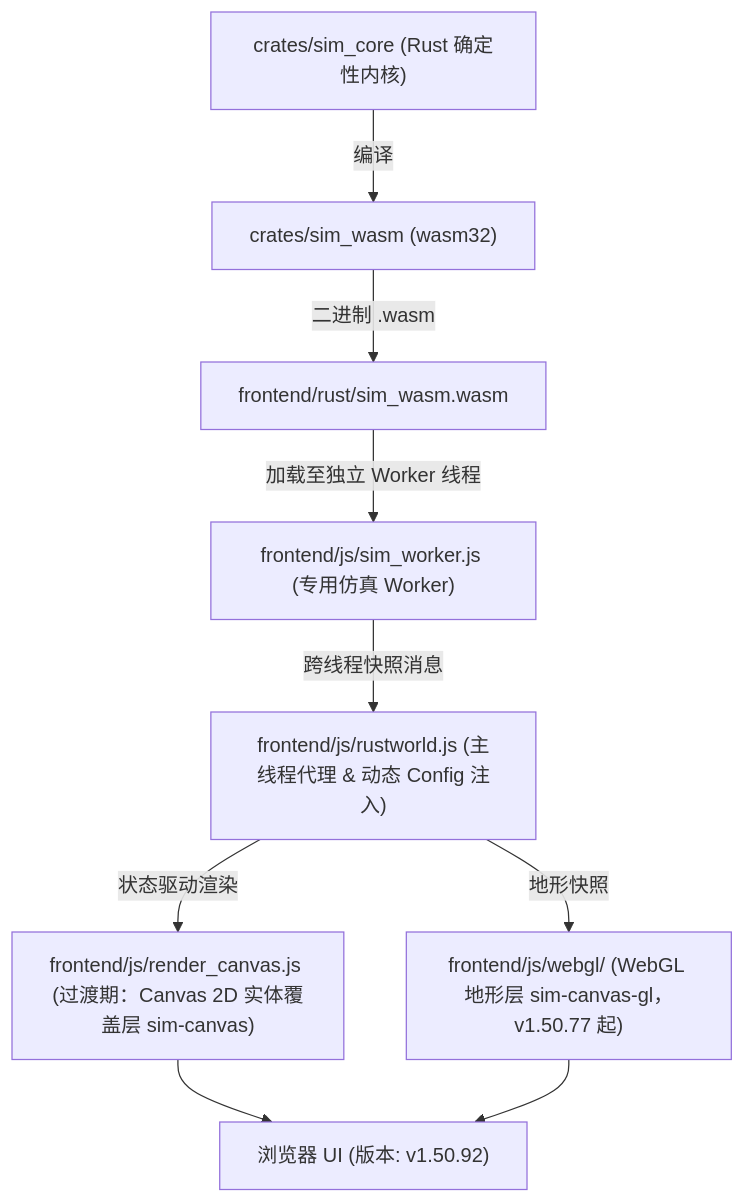
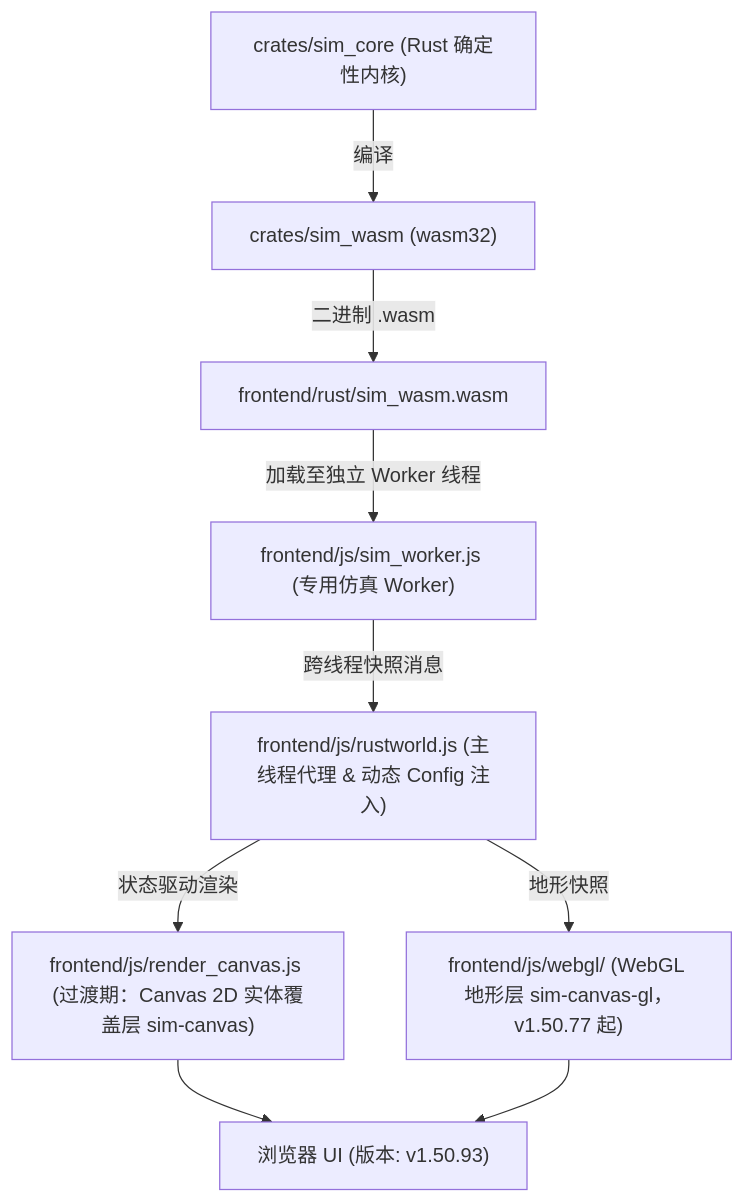
Before and after one commit to g39088902/FlowAndAccord: the diagram in AGENTS.md, drawn with Mermaid. The commit also changed other lines of this file and 13 other files, not shown here.

````diff
--- a/AGENTS.md
+++ b/AGENTS.md
@@ -62,12 +62,12 @@
 ```mermaid
 graph TD
     A["crates/sim_core (Rust 确定性内核)"] -->|编译| B["crates/sim_wasm (wasm32)"]
     B -->|二进制 .wasm| C["frontend/rust/sim_wasm.wasm"]
     C -->|加载至独立 Worker 线程| D["frontend/js/sim_worker.js (专用仿真 Worker)"]
     D -->|跨线程快照消息| E["frontend/js/rustworld.js (主线程代理 & 动态 Config 注入)"]
     E -->|状态驱动渲染| F["frontend/js/render_canvas.js (过渡期：Canvas 2D 实体覆盖层 sim-canvas)"]
     E -->|地形快照| F2["frontend/js/webgl/ (WebGL 地形层 sim-canvas-gl，v1.50.77 起)"]
-    F --> G["浏览器 UI (版本: v1.50.92)"]
+    F --> G["浏览器 UI (版本: v1.50.93)"]
     F2 --> G
 
 ```
````
